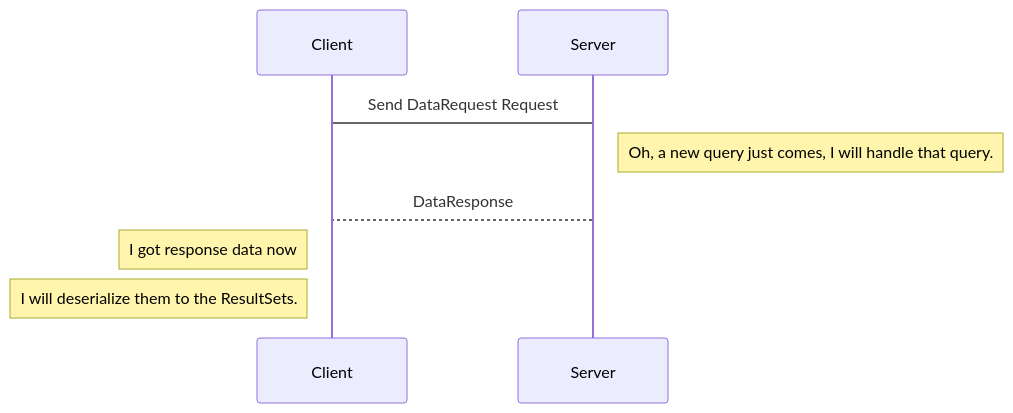
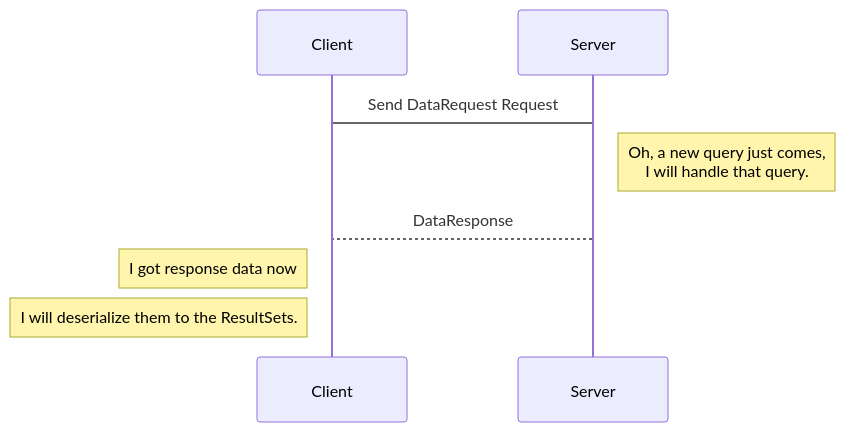
One commit to housepower/ClickHouse-Native-JDBC changed the second of 3 diagrams in docs/deep-dive/native_protocol.md. Above: the diagram before and after it, drawn with Mermaid. The commit also changed other lines of this file, not shown here.

````diff
--- a/docs/deep-dive/native_protocol.md
+++ b/docs/deep-dive/native_protocol.md
@@ -26,8 +26,8 @@
 ```mermaid
 sequenceDiagram
 Client -> Server: Send DataRequest Request
-Note right of Server: Oh, a new query just comes, I will handle that query.
+Note right of Server: Oh, a new query just comes, <br/> I will handle that query.
 Server --> Client: DataResponse
 Note left of Client: I got response data now
 Note left of Client: I will deserialize them to the ResultSets.
 ```
````
